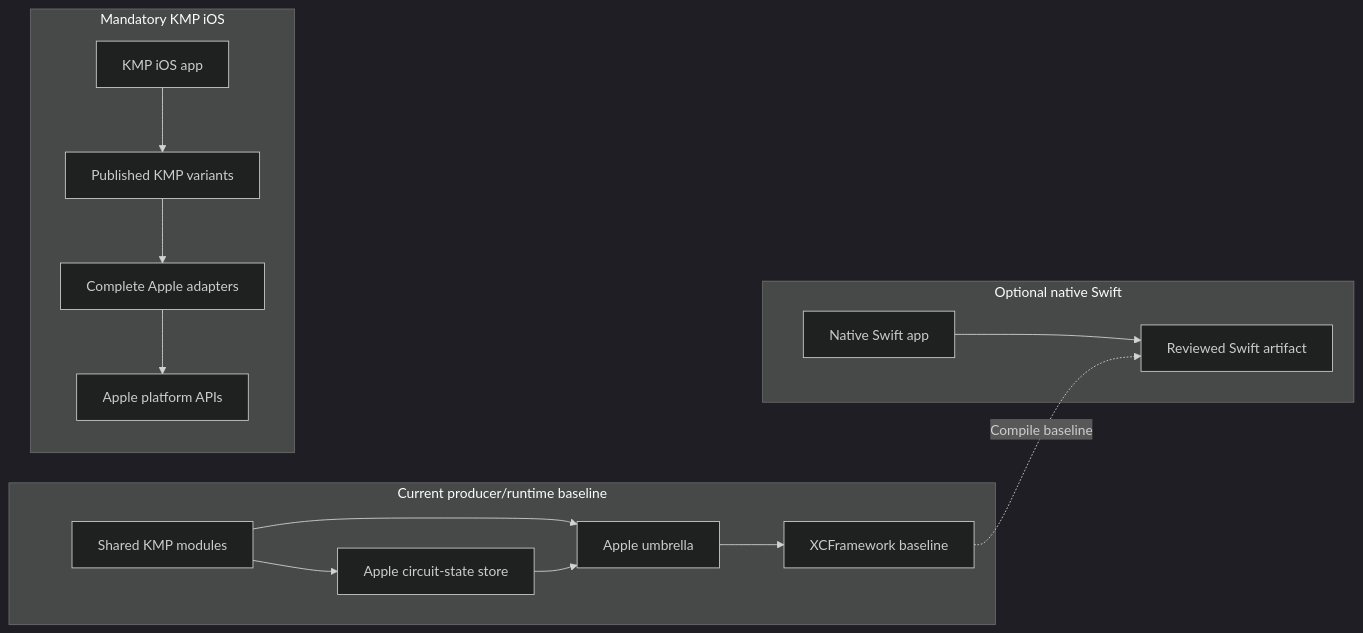
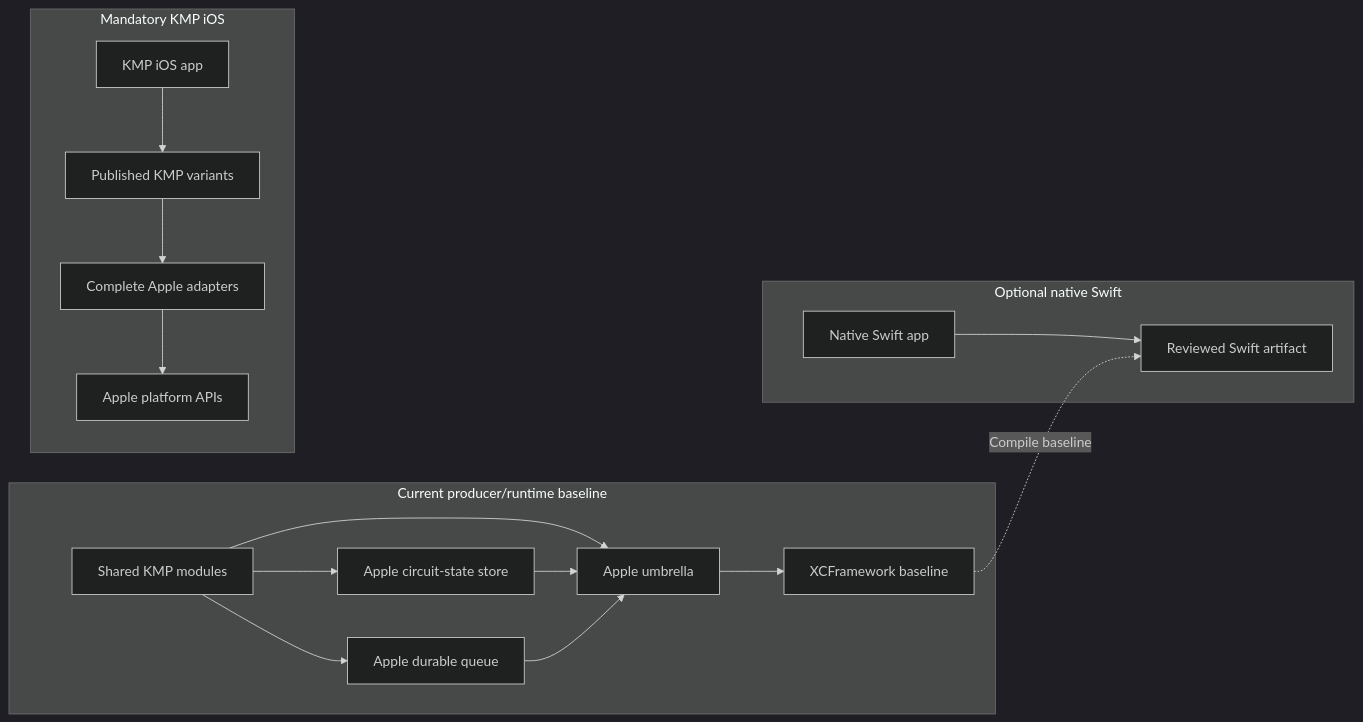
Before and after one commit to dataloom-sdk/dataloom: the diagram in docs/apple/README.md, drawn with Mermaid (dark theme). The commit also changed other lines of this file and 12 other files, not shown here.

First line of the commit message:
DL-040: add production Apple durable queue persistence (#147)

````diff
--- a/docs/apple/README.md
+++ b/docs/apple/README.md
@@ -39,28 +40,31 @@
 ```mermaid
 flowchart LR
     subgraph currentBaseline["Current producer/runtime baseline"]
         sharedCode["Shared KMP modules"]
         circuitStore["Apple circuit-state store"]
+        queueStore["Apple durable queue"]
         appleUmbrella["Apple umbrella"]
         currentFramework["XCFramework baseline"]
         sharedCode --> circuitStore
+        sharedCode --> queueStore
         sharedCode --> appleUmbrella --> currentFramework
         circuitStore --> appleUmbrella
+        queueStore --> appleUmbrella
     end
 
     subgraph requiredPath["Mandatory KMP iOS"]
         kmpApp["KMP iOS app"]
         publishedVariants["Published KMP variants"]
         iosAdapters["Complete Apple adapters"]
         appleApis["Apple platform APIs"]
         kmpApp --> publishedVariants --> iosAdapters --> appleApis
     end
 
     subgraph optionalPath["Optional native Swift"]
         swiftApp["Native Swift app"]
         swiftArtifact["Reviewed Swift artifact"]
         swiftApp --> swiftArtifact
     end
 
     currentFramework -.->|"Compile baseline"| swiftArtifact
 ```
````
